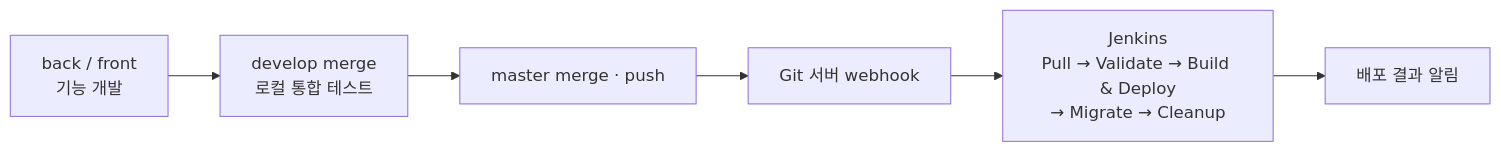
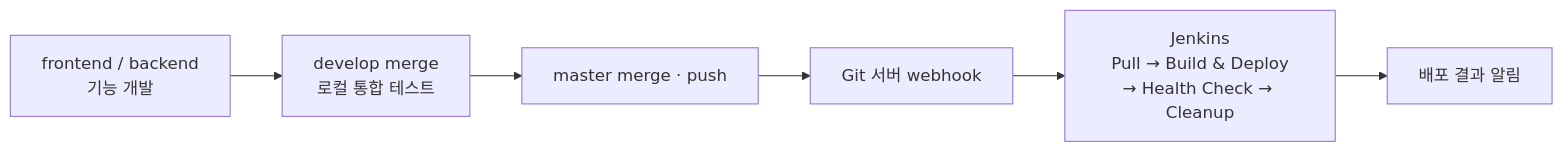
The third of 3 diagrams in README.md (siilver94/Specification-Information-Management-System), drawn with Mermaid before and after one commit. The commit also changed other lines of this file, not shown here.

````diff
--- a/README.md
+++ b/README.md
@@ -85,8 +149,8 @@
 ```mermaid
 flowchart LR
-  A["back / front<br/>기능 개발"] --> B["develop merge<br/>로컬 통합 테스트"]
+  A["frontend / backend<br/>기능 개발"] --> B["develop merge<br/>로컬 통합 테스트"]
   B --> C["master merge · push"]
   C --> D["Git 서버 webhook"]
-  D --> E["Jenkins<br/>Pull → Validate → Build & Deploy<br/>→ Migrate → Cleanup"]
+  D --> E["Jenkins<br/>Pull → Build & Deploy<br/>→ Health Check → Cleanup"]
   E --> F["배포 결과 알림"]
 ```
````
